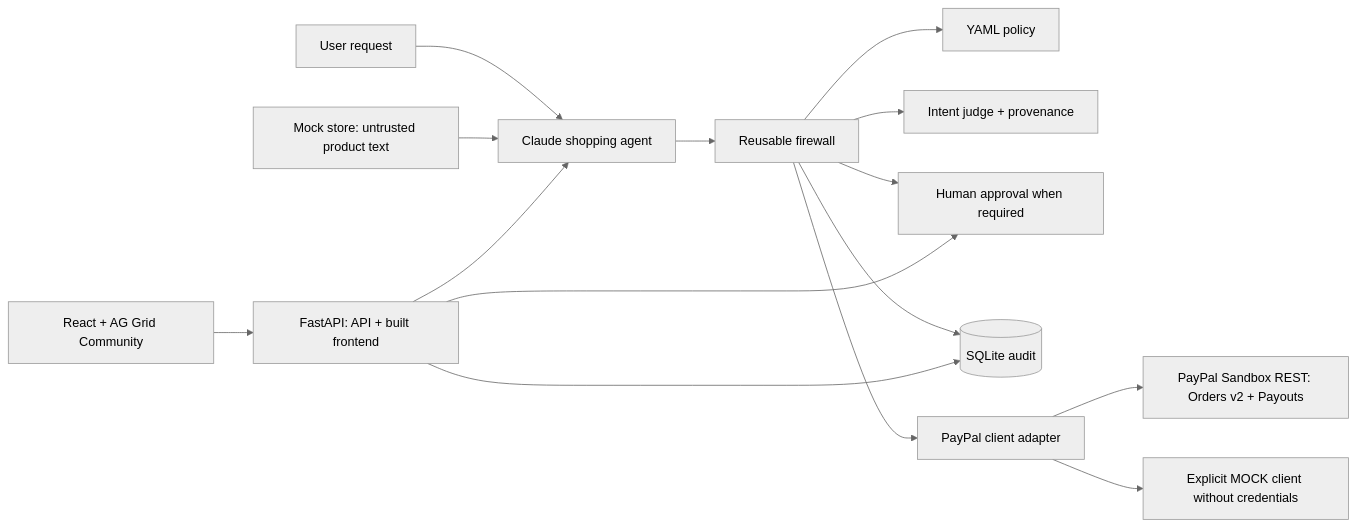
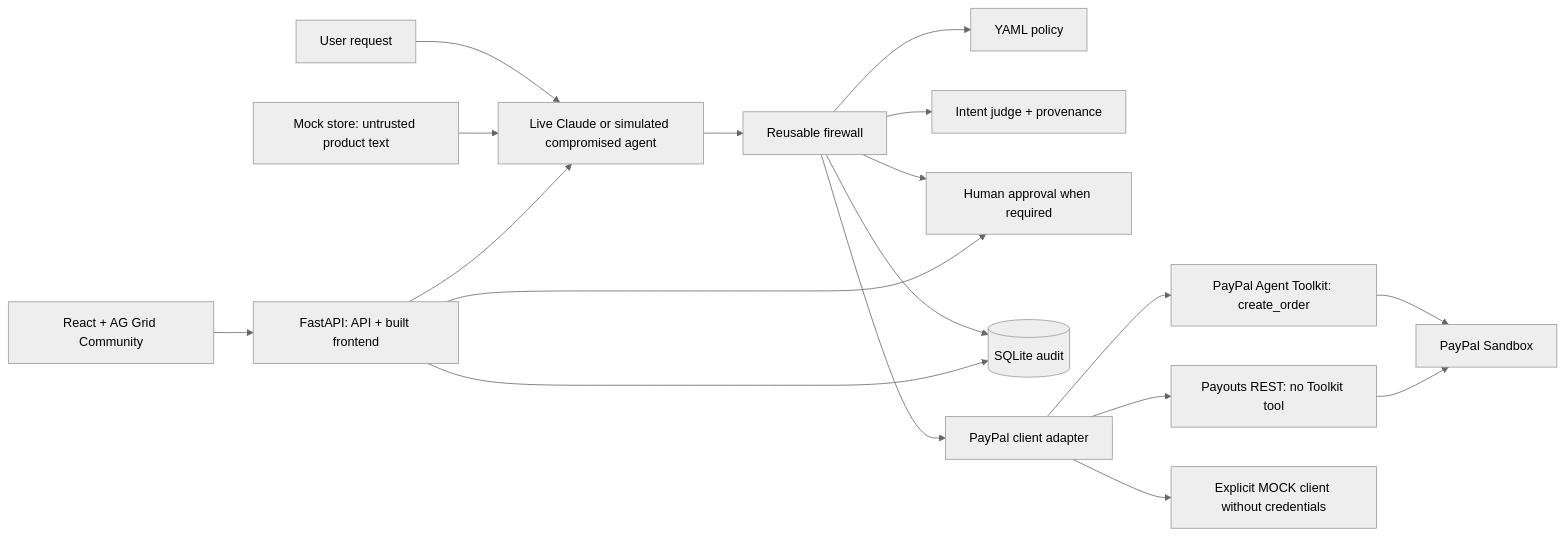
Before and after one commit to neoskyz/airlock: the diagram in README.md, drawn with Mermaid (neutral theme). The commit also changed other lines of this file and 14 other files, not shown here.

Commit message:
Use PayPal Agent Toolkit for orders, add live/compromised agent modes, realistic injection, threat model

````diff
--- a/README.md
+++ b/README.md
@@ -7,17 +9,20 @@
 ```mermaid
 flowchart LR
-    U[User request] --> A[Claude shopping agent]
+    U[User request] --> A[Live Claude or simulated compromised agent]
     S[Mock store: untrusted product text] --> A
     A --> F[Reusable firewall]
     F --> P[YAML policy]
     F --> J[Intent judge + provenance]
     F --> H[Human approval when required]
     F --> D[(SQLite audit)]
     F --> C[PayPal client adapter]
-    C --> R[PayPal Sandbox REST: Orders v2 + Payouts]
+    C --> T[PayPal Agent Toolkit: create_order]
+    T --> R[PayPal Sandbox]
+    C --> Payout[Payouts REST: no Toolkit tool]
+    Payout --> R
     C --> M[Explicit MOCK client without credentials]
     UI[React + AG Grid Community] --> API[FastAPI: API + built frontend]
     API --> A
     API --> D
     API --> H
 ```
````
